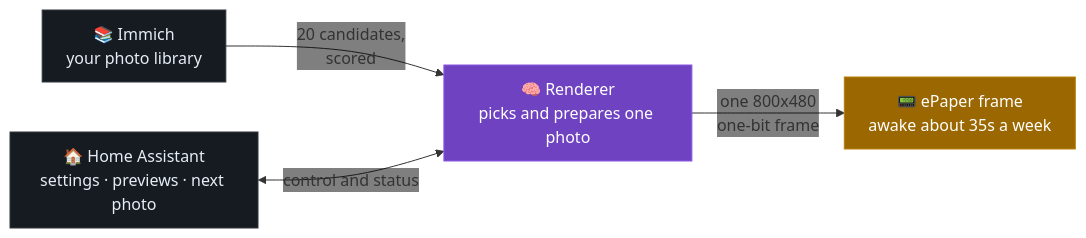
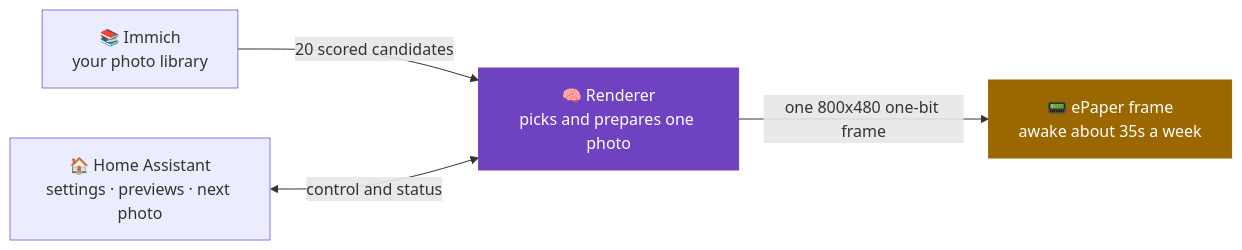
Before and after one commit to CaputoDavide93/InkFrame-Immich: the first of 2 diagrams in README.md, drawn with Mermaid.

Commit message:
The diagram was styled for dark mode, and GitHub serves light
Two of the four nodes rendered as near-black cards on a white page, and the
edge labels sat in grey patches: fills chosen for a dark background, plus an
init directive GitHub ignores. GitHub renders light by default for anyone not
signed in, so the diagram checked was not the diagram most people see.

No init directive now, and no fill on the two nodes that do not need one --
Mermaid's own theme colours follow whichever theme is in use. Only the renderer
and the panel carry a fill, in purple and amber with white text, which reads on
either background. Single-line edge labels, which also stops them overlapping
the arrows.

````diff
--- a/README.md
+++ b/README.md
@@ -45,19 +45,16 @@
 ```mermaid
-%%{init: {"flowchart": {"curve": "basis", "padding": 12}, "themeVariables": {"edgeLabelBackground": "transparent"}}}%%
 flowchart LR
     IM["📚 Immich<br/>your photo library"]
     RS["🧠 Renderer<br/>picks and prepares one photo"]
     PN["📟 ePaper frame<br/>awake about 35s a week"]
     HA["🏠 Home Assistant<br/>settings · previews · next photo"]
 
-    IM -->|"20 candidates,<br/>scored"| RS
-    RS -->|"one 800x480<br/>one-bit frame"| PN
+    IM -->|"20 scored candidates"| RS
+    RS -->|"one 800x480 one-bit frame"| PN
     HA <-->|"control and status"| RS
 
-    classDef plain fill:#161b22,stroke:#30363d,color:#e6edf3
-    classDef hub fill:#6f42c1,stroke:#8957e5,color:#ffffff
-    classDef device fill:#9a6700,stroke:#bb8009,color:#ffffff
-    class IM,HA plain
+    classDef hub fill:#6f42c1,stroke:#6f42c1,color:#ffffff
+    classDef device fill:#9a6700,stroke:#9a6700,color:#ffffff
     class RS hub
     class PN device
 ```
````
